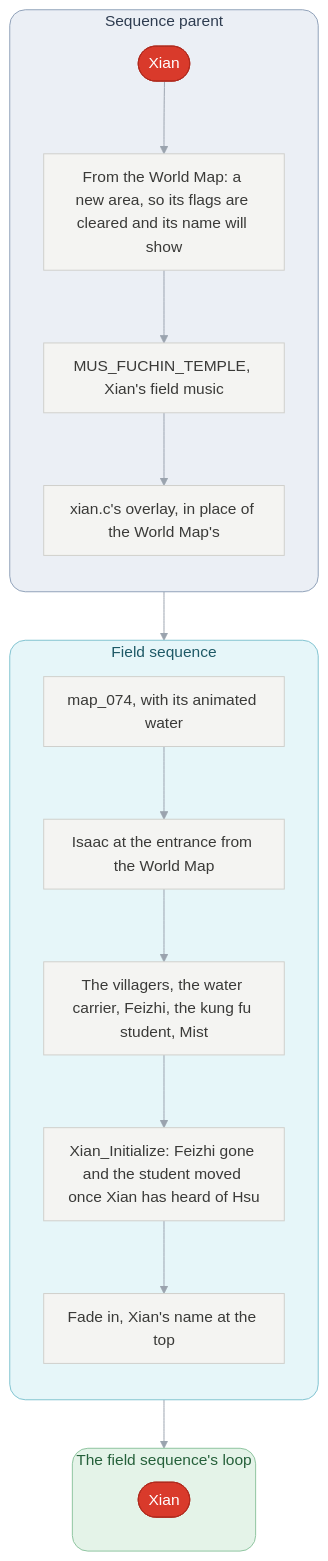
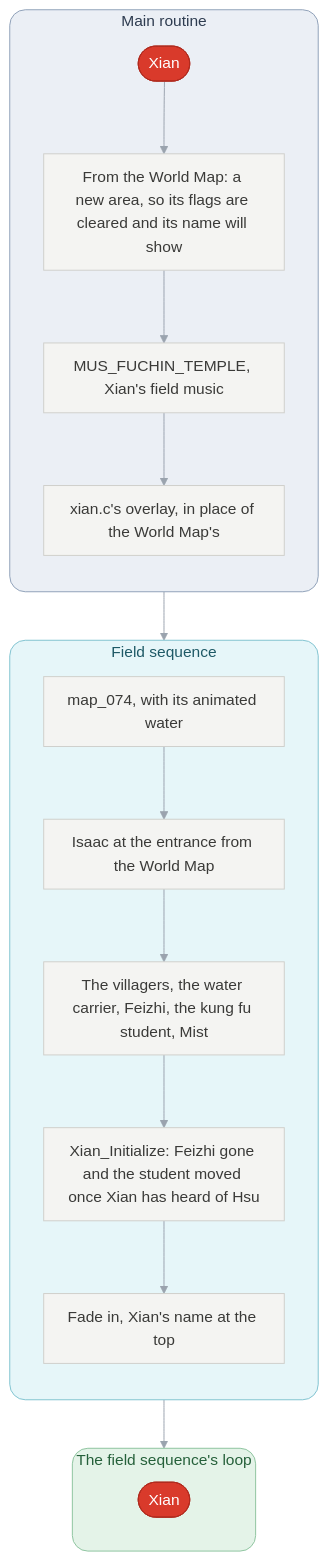
One commit to PascalPixel/alchemy changed the sixth of 9 diagrams in games/tbs/README.md. Above: the diagram before and after it, drawn with Mermaid. The commit also changed other lines of this file and 1982 other files, not shown here.

First line of the commit message:
MainRoutine_Run: the main routine, the period's メインルーチン

````diff
--- a/games/tbs/README.md
+++ b/games/tbs/README.md
@@ -285,33 +285,33 @@
 ```mermaid
 %%{init: {"theme": "base", "themeVariables": {"lineColor": "#9AA3AE", "edgeLabelBackground": "#FFFFFF"}, "flowchart": {"curve": "basis", "padding": 12}}}%%
 flowchart TD
-  subgraph ps ["Sequence parent"]
+  subgraph ps ["Main routine"]
     direction TB
     pick(["Xian"]) --> arrive["From the World Map: a new area, so its flags are cleared and its name will show"]
     arrive --> music["MUS_FUCHIN_TEMPLE, Xian's field music"] --> code["xian.c's overlay, in place of the World Map's"]
   end
   subgraph seq ["Field sequence"]
     direction TB
     map["map_074, with its animated water"] --> place["Isaac at the entrance from the World Map"]
     place --> actors["The villagers, the water carrier, Feizhi, the kung fu student, Mist"]
     actors --> own["Xian_Initialize: Feizhi gone and the student moved once Xian has heard of Hsu"]
     own --> fade["Fade in, Xian's name at the top"]
   end
   code --> map
   fade --> mgr
   subgraph mgr ["The field sequence's loop"]
     run(["Xian"])
   end
-  classDef sequenceParent fill:#DDE3EC,stroke:#8FA0B8,color:#2E3C50
+  classDef mainRoutine fill:#DDE3EC,stroke:#8FA0B8,color:#2E3C50
   classDef fieldSequence fill:#D2EEF3,stroke:#7FC3D0,color:#1E5966
   classDef battle fill:#F6D5D2,stroke:#D9928B,color:#8A2A22
   classDef sceneLoop fill:#D3EBD9,stroke:#8DC49E,color:#25603A
   classDef request fill:#FBE7C6,stroke:#E0B46A,color:#7A5212
   classDef place fill:#D93A2B,stroke:#B02A1D,color:#FFFFFF
   classDef step fill:#F4F4F2,stroke:#CFCFCB,color:#3A3A38
   class pick,run place
   class arrive,music,code,map,place,actors,own,fade step
   style ps fill:#EBEFF5,stroke:#8FA0B8,color:#2E3C50,rx:16,ry:16
   style seq fill:#E6F6F9,stroke:#7FC3D0,color:#1E5966,rx:16,ry:16
   style mgr fill:#E4F3E8,stroke:#8DC49E,color:#25603A,rx:16,ry:16
 ```
````
